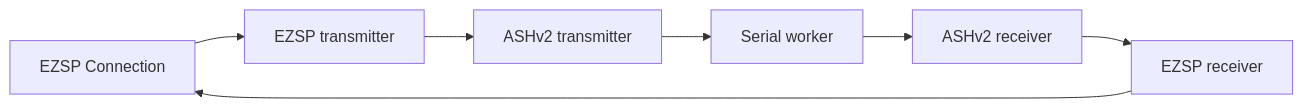
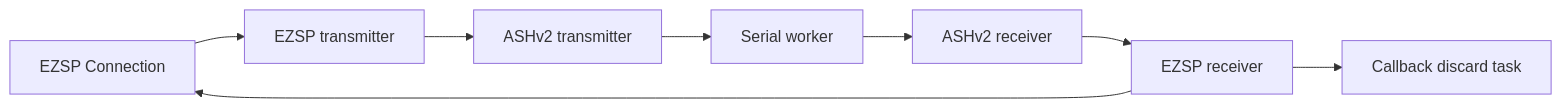
The second of 2 diagrams in ARCHITECTURE.md (PaulmannLighting/ezsp-fwupd), drawn with Mermaid before and after one commit. The commit also changed other lines of this file and 13 other files, not shown here.

Commit message:
Document firmware update architecture

````diff
--- a/ARCHITECTURE.md
+++ b/ARCHITECTURE.md
@@ -26,9 +37,10 @@
 ```mermaid
 flowchart LR
     Connection[EZSP Connection] --> EzspTx[EZSP transmitter]
-    SerialWorker[Serial worker] --> AshRx[ASHv2 receiver]
     EzspTx --> AshTx[ASHv2 transmitter]
+    AshTx --> SerialWorker[Serial worker]
+    SerialWorker --> AshRx[ASHv2 receiver]
     AshRx --> EzspRx[EZSP receiver]
     EzspRx --> Connection
-    AshTx --> SerialWorker
+    EzspRx --> Callbacks[Callback discard task]
 ```
````
